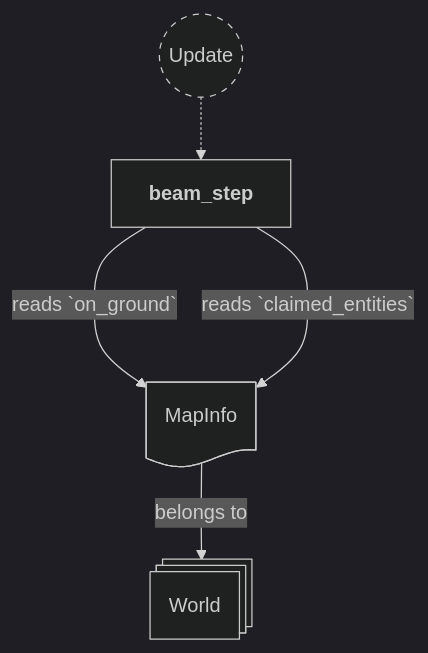
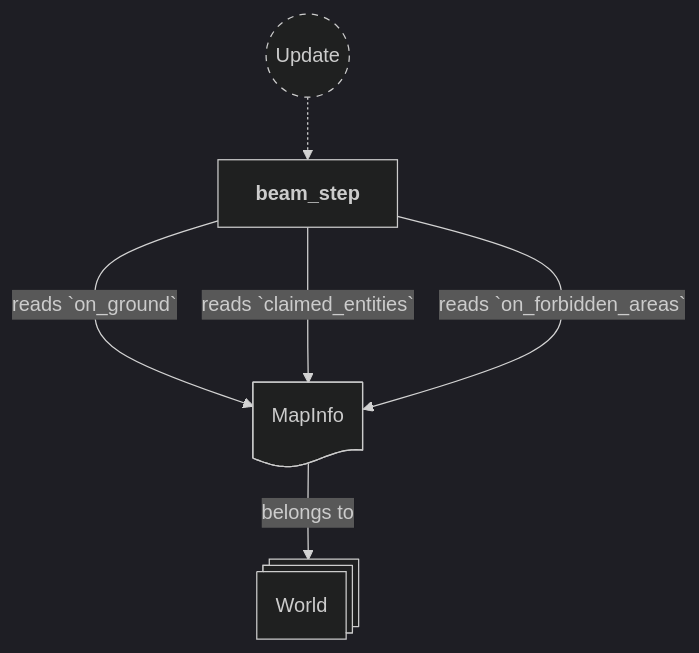
Before and after one commit to neurosoup/tyled: the fourth of 15 diagrams in backlog/docs/doc-7 - 006-Beam-plugin.md, drawn with Mermaid. The commit also changed other lines of this file, not shown here.

Commit message:
Docs: update doc-7 beam plugin to code and simplify text

````diff
--- a/backlog/docs/doc-7 - 006-Beam-plugin.md
+++ b/backlog/docs/doc-7 - 006-Beam-plugin.md
@@ -178,22 +184,23 @@
 ```mermaid
 ---
 config:
   theme: dark
 ---
 
 flowchart TD
 classDef system-group stroke-dasharray: 5 5
 
 update(("`Update`")):::system-group
 beam_step["`**beam_step**`"]
 
 update -.-> beam_step
 
 world@{ shape: st-rect, label: "World" }
 map_info_res@{ shape: doc, label: "MapInfo" }
 
 map_info_res --> |belongs to| world
 
 beam_step ---> |reads `on_ground`| map_info_res
 beam_step ---> |reads `claimed_entities`| map_info_res
+beam_step ---> |reads `on_forbidden_areas`| map_info_res
 ```
````
